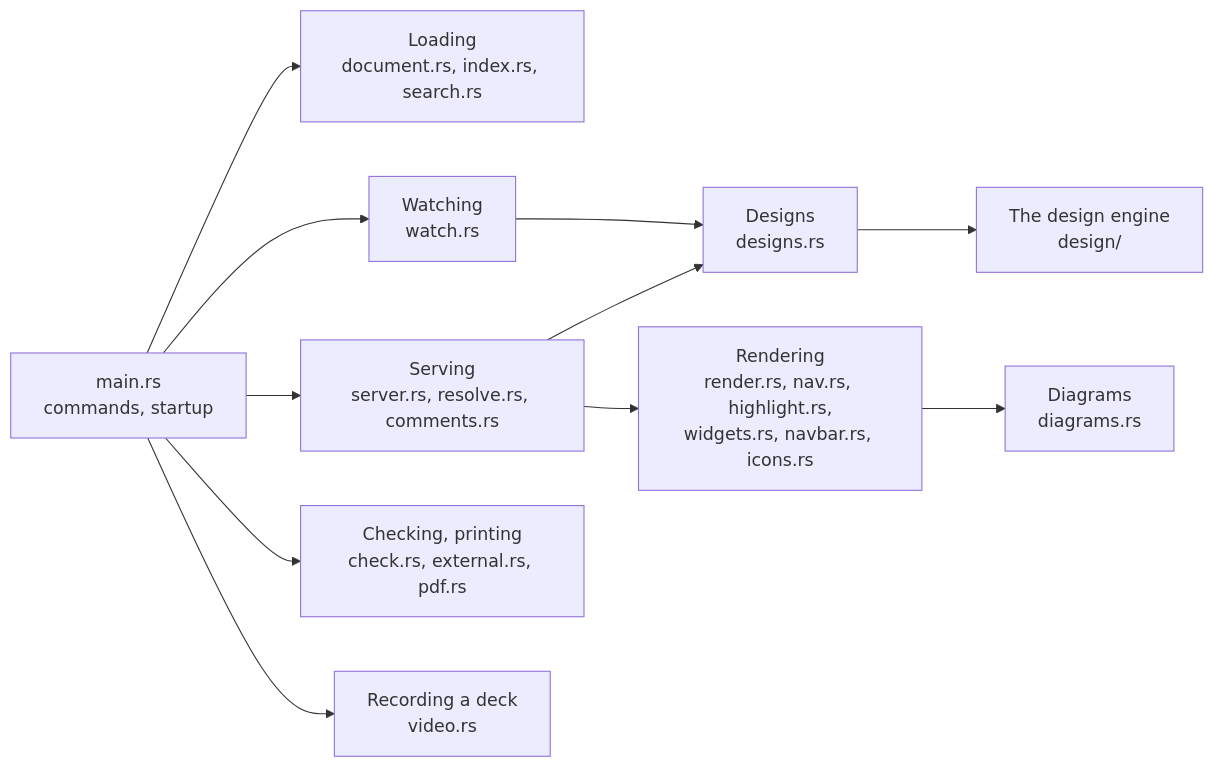
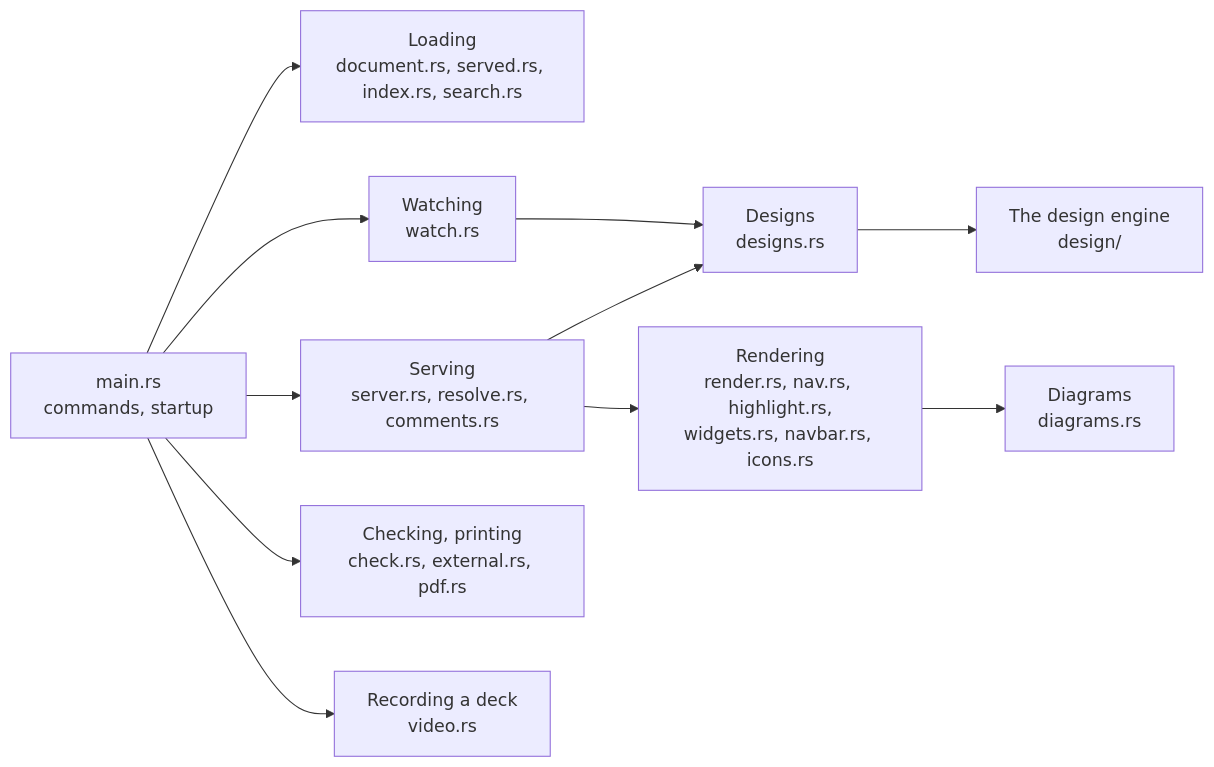
The diagram in docs/boxes/engineering/code-map/README.md (andrei512/devpage), drawn with Mermaid before and after one commit. The commit also changed other lines of this file and 16 other files, not shown here.

````diff
--- a/docs/boxes/engineering/code-map/README.md
+++ b/docs/boxes/engineering/code-map/README.md
@@ -16,23 +16,23 @@
 ```mermaid
 flowchart LR
-  main["main.rs<br/>commands, startup"] --> load["Loading<br/>document.rs, index.rs, search.rs"]
+  main["main.rs<br/>commands, startup"] --> load["Loading<br/>document.rs, served.rs, index.rs, search.rs"]
   main --> watch["Watching<br/>watch.rs"]
   main --> serve["Serving<br/>server.rs, resolve.rs, comments.rs"]
   serve --> render["Rendering<br/>render.rs, nav.rs, highlight.rs,<br/>widgets.rs, navbar.rs, icons.rs"]
   render --> diagrams["Diagrams<br/>diagrams.rs"]
   main --> other["Checking, printing<br/>check.rs, external.rs, pdf.rs"]
   main --> video["Recording a deck<br/>video.rs"]
   watch --> designs["Designs<br/>designs.rs"]
   serve --> designs
   designs --> engine["The design engine<br/>design/"]
   click main href "#how-main-wires-it-together" "How main wires it together"
   click load href "../../viewer/document-index/README.md" "Which document a file belongs to"
   click watch href "../../viewer/live-updates/README.md#the-watcher" "The watcher"
   click serve href "../../viewer/serving-pages/README.md" "Serving pages"
   click render href "../../viewer/rendering-a-page/README.md" "Rendering a page"
   click diagrams href "../../viewer/diagrams/README.md#the-diagram-engine" "The diagram engine"
   click other href "../../viewer/checking-links/README.md" "Checking links"
   click video href "../../viewer/making-a-video/README.md" "Making a video"
   click designs href "../../viewer/design-engine/README.md#in-the-server" "The design engine in the server"
   click engine href "../../viewer/design-engine/README.md" "The design engine"
 ```
````
